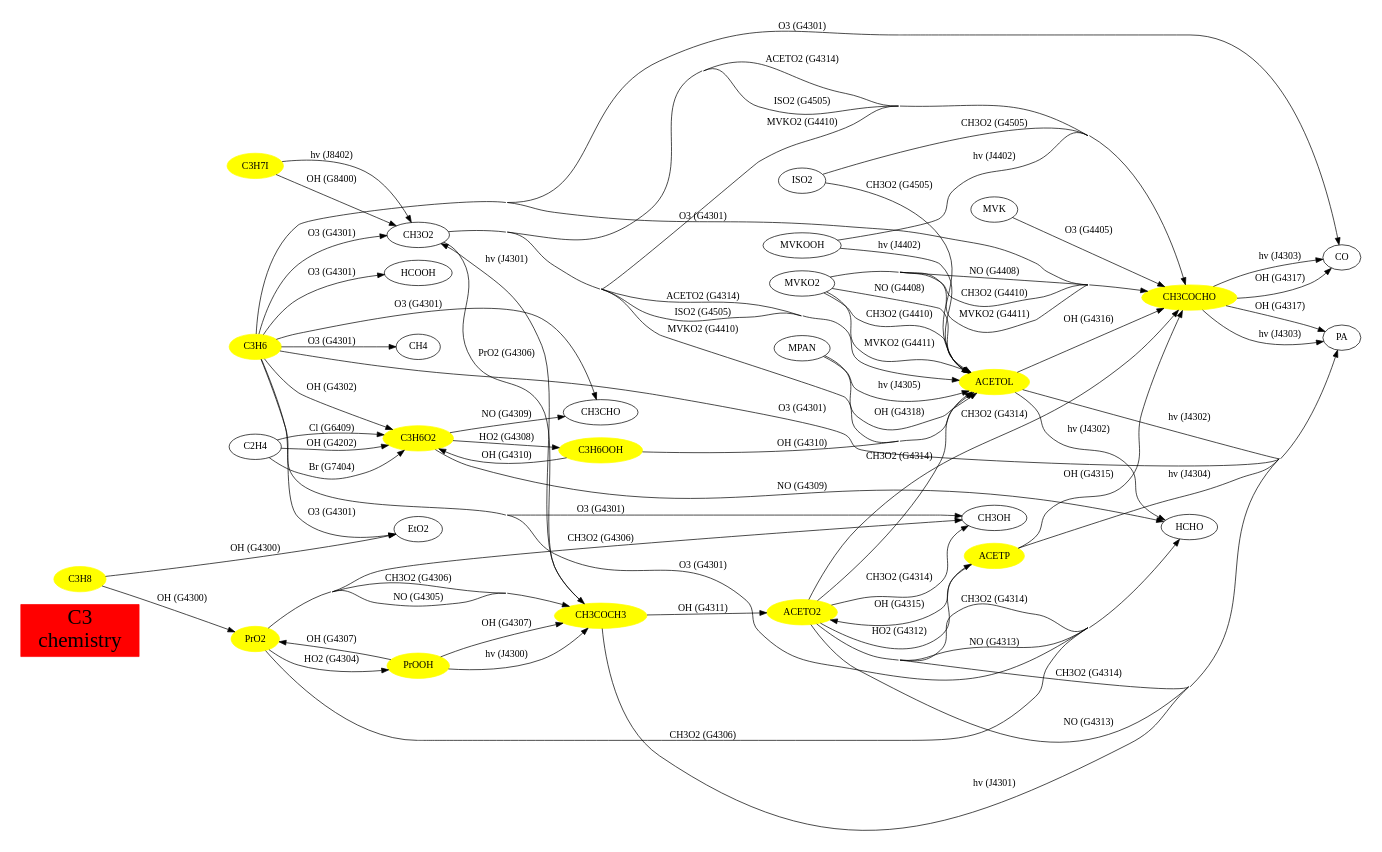
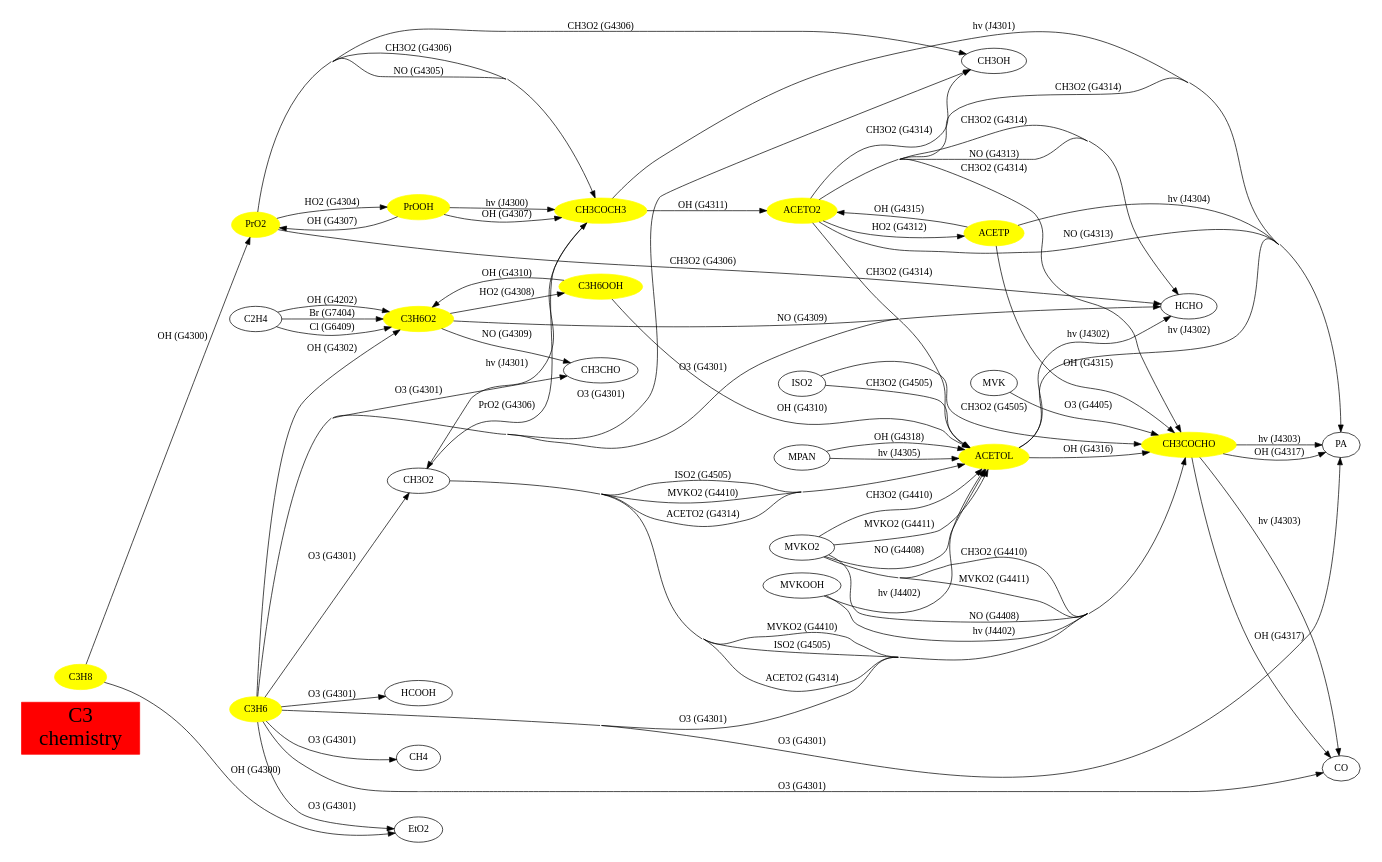
Before and after one commit to HartwigHarder/CAABA: the diagram in mecca/graphviz/C3.dot, drawn with Graphviz. The commit also changed 86 other files, not shown here.

```diff
--- a/mecca/graphviz/C3.dot
+++ b/mecca/graphviz/C3.dot
@@ -1,98 +1,95 @@
 // Created automatically by xgraphviz, DO NOT EDIT!
 digraph C3 {
   concentrate=true;
   rankdir=LR;
   size="8,8";
 "C3\nchemistry"
   [shape=box, fontsize=30,
   style="filled", color=red];
 subgraph species {
 node[shape=oval,
   color=yellow,
   style="filled"];
 ACETO2
 ACETOL
 ACETP
 C3H6
 C3H6O2
 C3H6OOH
-C3H7I
 C3H8
 CH3COCH3
 CH3COCHO
 PrO2
 PrOOH
 }
 ACETO2 -> ACETOL [label = "CH3O2 (G4314)"];
 ACETO2 -> ACETP [label = "HO2 (G4312)"];
 ACETO2 -> CH3COCHO [label = "CH3O2 (G4314)"];
 ACETO2 -> CH3OH [label = "CH3O2 (G4314)"];
 ACETO2 -> HCHO [label = "CH3O2 (G4314)"];
 ACETO2 -> HCHO [label = "NO (G4313)"];
 ACETO2 -> PA [label = "CH3O2 (G4314)"];
 ACETO2 -> PA [label = "NO (G4313)"];
 ACETOL -> CH3COCHO [label = "OH (G4316)"];
 ACETOL -> HCHO [label = "hv (J4302)"];
 ACETOL -> PA [label = "hv (J4302)"];
 ACETP -> ACETO2 [label = "OH (G4315)"];
 ACETP -> CH3COCHO [label = "OH (G4315)"];
 ACETP -> PA [label = "hv (J4304)"];
 C2H4 -> C3H6O2 [label = "Br (G7404)"];
 C2H4 -> C3H6O2 [label = "Cl (G6409)"];
 C2H4 -> C3H6O2 [label = "OH (G4202)"];
 C3H6 -> C3H6O2 [label = "OH (G4302)"];
 C3H6 -> CH3CHO [label = "O3 (G4301)"];
 C3H6 -> CH3COCHO [label = "O3 (G4301)"];
 C3H6 -> CH3O2 [label = "O3 (G4301)"];
 C3H6 -> CH3OH [label = "O3 (G4301)"];
 C3H6 -> CH4 [label = "O3 (G4301)"];
 C3H6 -> CO [label = "O3 (G4301)"];
 C3H6 -> EtO2 [label = "O3 (G4301)"];
 C3H6 -> HCHO [label = "O3 (G4301)"];
 C3H6 -> HCOOH [label = "O3 (G4301)"];
 C3H6 -> PA [label = "O3 (G4301)"];
 C3H6O2 -> C3H6OOH [label = "HO2 (G4308)"];
 C3H6O2 -> CH3CHO [label = "NO (G4309)"];
 C3H6O2 -> HCHO [label = "NO (G4309)"];
 C3H6OOH -> ACETOL [label = "OH (G4310)"];
 C3H6OOH -> C3H6O2 [label = "OH (G4310)"];
-C3H7I -> CH3O2 [label = "OH (G8400)"];
-C3H7I -> CH3O2 [label = "hv (J8402)"];
 C3H8 -> EtO2 [label = "OH (G4300)"];
 C3H8 -> PrO2 [label = "OH (G4300)"];
 CH3COCH3 -> ACETO2 [label = "OH (G4311)"];
 CH3COCH3 -> CH3O2 [label = "hv (J4301)"];
 CH3COCH3 -> PA [label = "hv (J4301)"];
 CH3COCHO -> CO [label = "OH (G4317)"];
 CH3COCHO -> CO [label = "hv (J4303)"];
 CH3COCHO -> PA [label = "OH (G4317)"];
 CH3COCHO -> PA [label = "hv (J4303)"];
 CH3O2 -> ACETOL [label = "ACETO2 (G4314)"];
 CH3O2 -> ACETOL [label = "ISO2 (G4505)"];
 CH3O2 -> ACETOL [label = "MVKO2 (G4410)"];
 CH3O2 -> CH3COCH3 [label = "PrO2 (G4306)"];
 CH3O2 -> CH3COCHO [label = "ACETO2 (G4314)"];
 CH3O2 -> CH3COCHO [label = "ISO2 (G4505)"];
 CH3O2 -> CH3COCHO [label = "MVKO2 (G4410)"];
 ISO2 -> ACETOL [label = "CH3O2 (G4505)"];
 ISO2 -> CH3COCHO [label = "CH3O2 (G4505)"];
 MPAN -> ACETOL [label = "OH (G4318)"];
 MPAN -> ACETOL [label = "hv (J4305)"];
 MVK -> CH3COCHO [label = "O3 (G4405)"];
 MVKO2 -> ACETOL [label = "CH3O2 (G4410)"];
 MVKO2 -> ACETOL [label = "MVKO2 (G4411)"];
 MVKO2 -> ACETOL [label = "NO (G4408)"];
 MVKO2 -> CH3COCHO [label = "CH3O2 (G4410)"];
 MVKO2 -> CH3COCHO [label = "MVKO2 (G4411)"];
 MVKO2 -> CH3COCHO [label = "NO (G4408)"];
 MVKOOH -> ACETOL [label = "hv (J4402)"];
 MVKOOH -> CH3COCHO [label = "hv (J4402)"];
 PrO2 -> CH3COCH3 [label = "CH3O2 (G4306)"];
 PrO2 -> CH3COCH3 [label = "NO (G4305)"];
 PrO2 -> CH3OH [label = "CH3O2 (G4306)"];
 PrO2 -> HCHO [label = "CH3O2 (G4306)"];
 PrO2 -> PrOOH [label = "HO2 (G4304)"];
 PrOOH -> CH3COCH3 [label = "OH (G4307)"];
 PrOOH -> CH3COCH3 [label = "hv (J4300)"];
 PrOOH -> PrO2 [label = "OH (G4307)"];
 }
```
